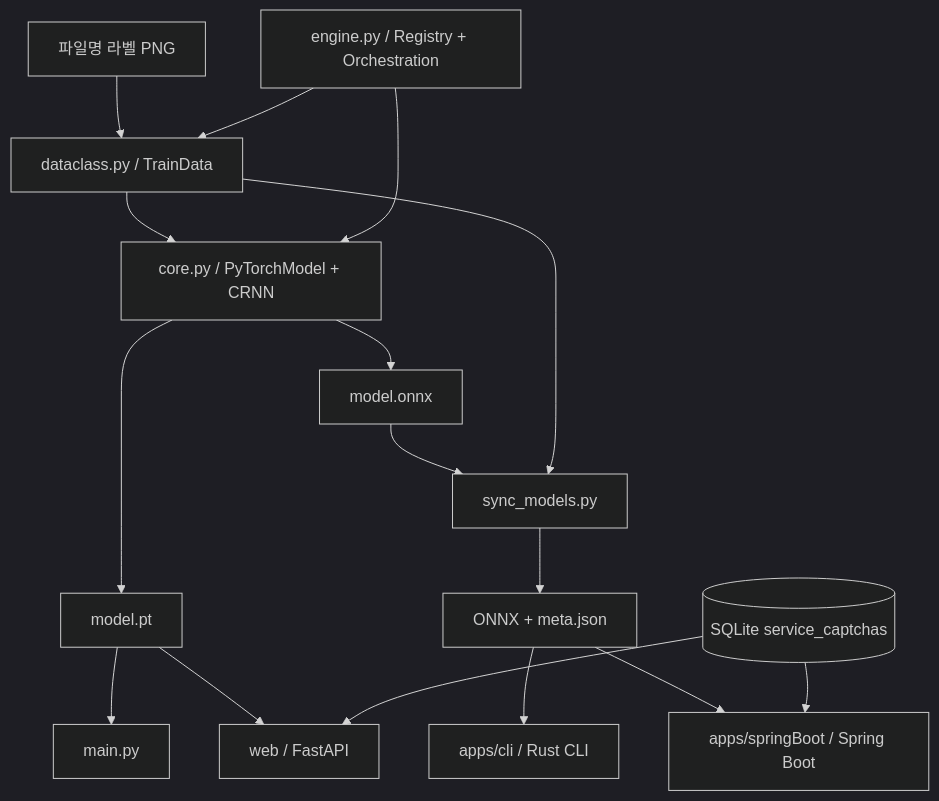
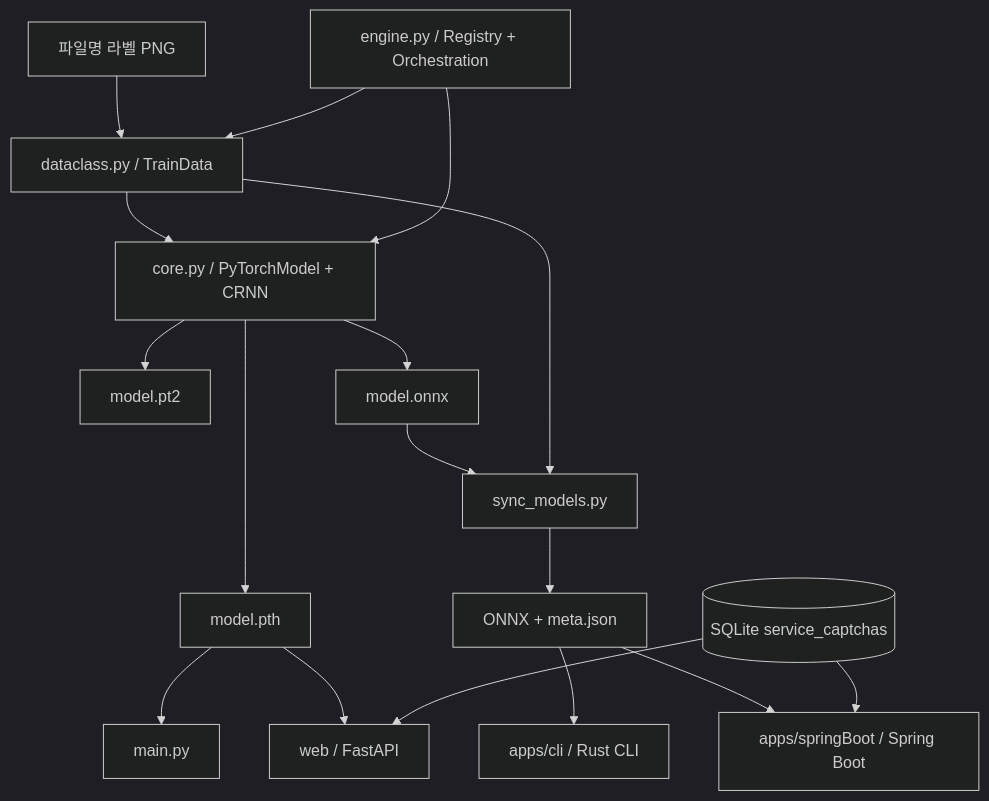
The first of 2 diagrams in docs/codebase-analysis.md (itsocool/captcha-solver), drawn with Mermaid (dark theme) before and after one commit. The commit also changed other lines of this file and 21 other files, not shown here.

First line of the commit message:
refactor(model): 아티팩트를 model.pth/model.pt2/model.onnx 세 가지로 분리

````diff
--- a/docs/codebase-analysis.md
+++ b/docs/codebase-analysis.md
@@ -19,18 +19,19 @@
 ```mermaid
 graph TD
     Images[파일명 라벨 PNG] --> TD[dataclass.py / TrainData]
     TD --> Core[core.py / PyTorchModel + CRNN]
     Engine[engine.py / Registry + Orchestration] --> TD
     Engine --> Core
-    Core --> PT[model.pt]
+    Core --> PT[model.pth]
+    Core --> PT2[model.pt2]
     Core --> ONNX[model.onnx]
     PT --> CLIpy[main.py]
     PT --> FastAPI[web / FastAPI]
     ONNX --> Sync[sync_models.py]
     TD --> Sync
     Sync --> Portable[ONNX + meta.json]
     Portable --> Rust[apps/cli / Rust CLI]
     Portable --> Spring[apps/springBoot / Spring Boot]
     DB[(SQLite service_captchas)] --> FastAPI
     DB --> Spring
 ```
````
